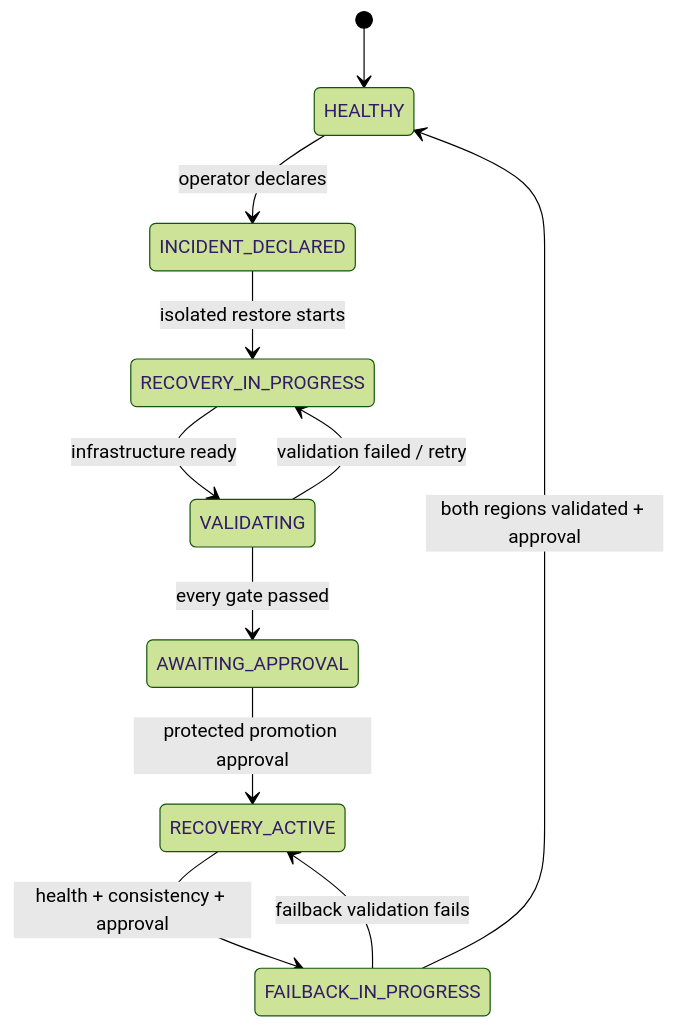
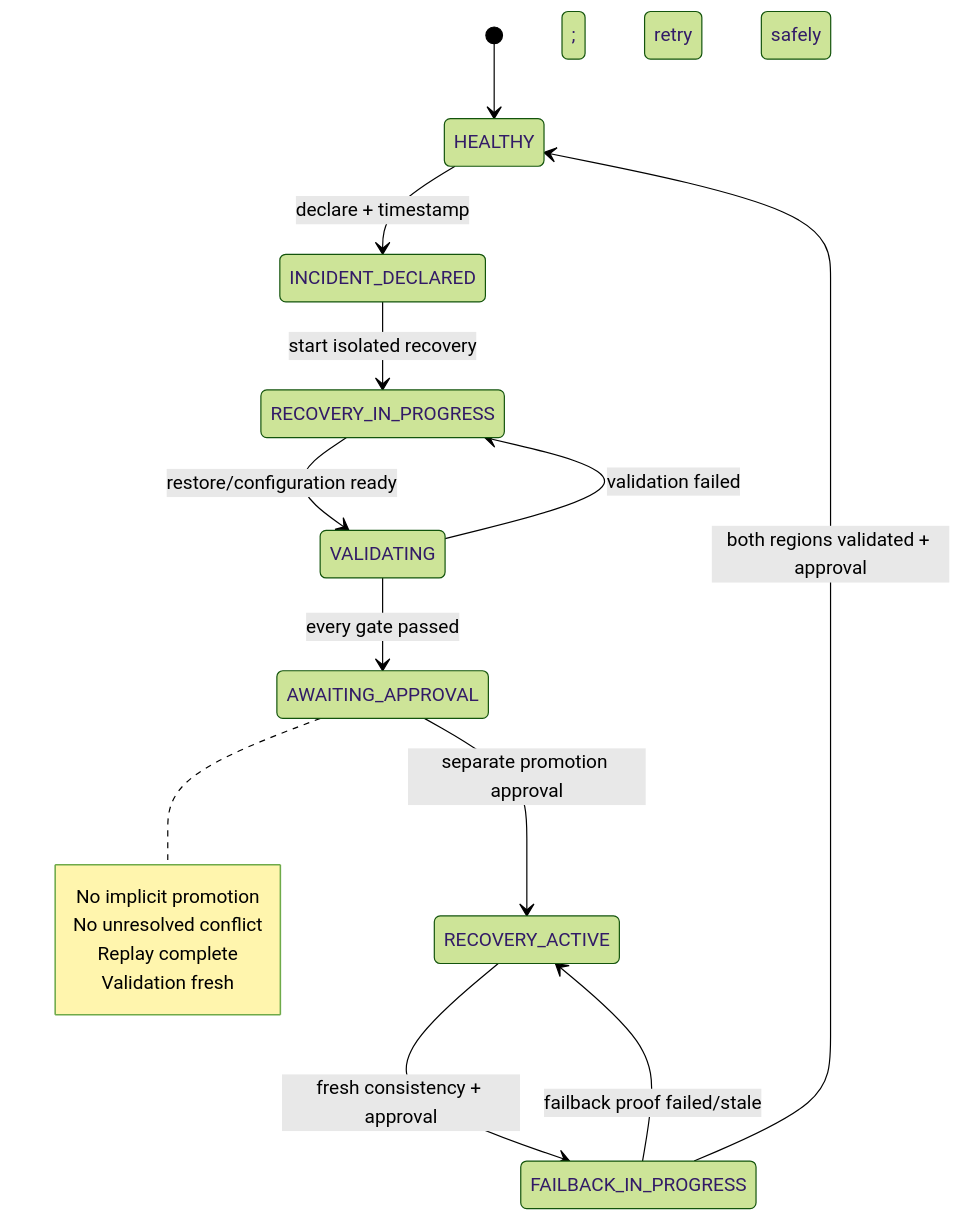
One commit to Shaharyarzd/multiregion-disaster-recovery-platform changed the diagram in docs/recovery-orchestration.md. Above: the diagram before and after it, drawn with Mermaid (forest theme). The commit also changed 3 other files, not shown here.

````diff
--- a/docs/recovery-orchestration.md
+++ b/docs/recovery-orchestration.md
@@ -5,13 +5,20 @@
 ```mermaid
 stateDiagram-v2
   [*] --> HEALTHY
-  HEALTHY --> INCIDENT_DECLARED: operator declares
-  INCIDENT_DECLARED --> RECOVERY_IN_PROGRESS: isolated restore starts
-  RECOVERY_IN_PROGRESS --> VALIDATING: infrastructure ready
-  VALIDATING --> RECOVERY_IN_PROGRESS: validation failed / retry
+  HEALTHY --> INCIDENT_DECLARED: declare + timestamp
+  INCIDENT_DECLARED --> RECOVERY_IN_PROGRESS: start isolated recovery
+  RECOVERY_IN_PROGRESS --> VALIDATING: restore/configuration ready
+  VALIDATING --> RECOVERY_IN_PROGRESS: validation failed; retry safely
   VALIDATING --> AWAITING_APPROVAL: every gate passed
-  AWAITING_APPROVAL --> RECOVERY_ACTIVE: protected promotion approval
-  RECOVERY_ACTIVE --> FAILBACK_IN_PROGRESS: health + consistency + approval
-  FAILBACK_IN_PROGRESS --> RECOVERY_ACTIVE: failback validation fails
+  AWAITING_APPROVAL --> RECOVERY_ACTIVE: separate promotion approval
+  RECOVERY_ACTIVE --> FAILBACK_IN_PROGRESS: fresh consistency + approval
+  FAILBACK_IN_PROGRESS --> RECOVERY_ACTIVE: failback proof failed/stale
   FAILBACK_IN_PROGRESS --> HEALTHY: both regions validated + approval
+
+  note right of AWAITING_APPROVAL
+    No implicit promotion
+    No unresolved conflict
+    Replay complete
+    Validation fresh
+  end note
 ```
````
